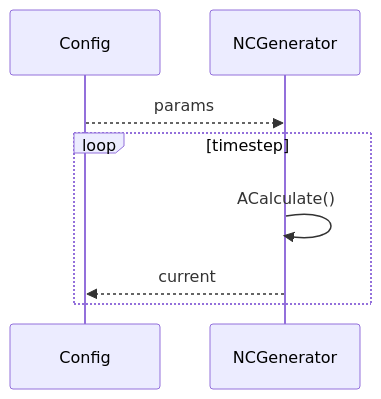
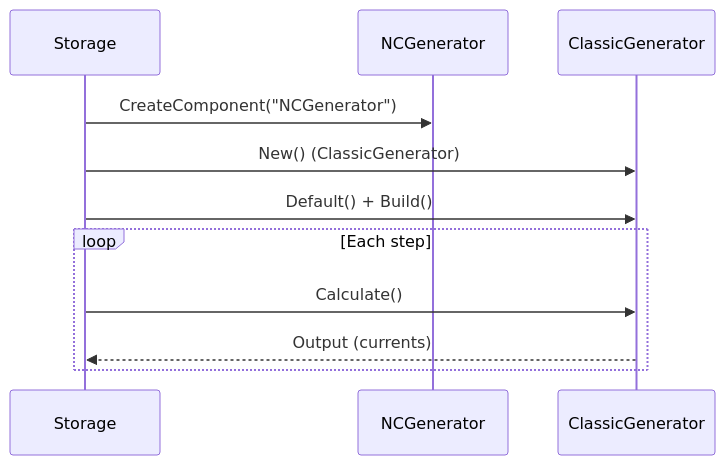
The seventh of 10 diagrams in Docs/Components/NCGenerator.md (aicommunity/Nmsdk-PulseLib), drawn with Mermaid before and after one commit. The commit also changed other lines of this file and 196 other files, not shown here.

````diff
--- a/Docs/Components/NCGenerator.md
+++ b/Docs/Components/NCGenerator.md
@@ -24,10 +224,14 @@
 ```mermaid
 sequenceDiagram
-    participant Cfg as Config
-    participant G as NCGenerator
-    Cfg-->>G: params
-    loop timestep
-        G->>G: ACalculate()
-        G-->>Cfg: current
+    participant Storage
+    participant Alias as NCGenerator
+    participant Generator as ClassicGenerator
+    
+    Storage->>Alias: CreateComponent("NCGenerator")
+    Storage->>Generator: New() (ClassicGenerator)
+    Storage->>Generator: Default() + Build()
+    loop Each step
+        Storage->>Generator: Calculate()
+        Generator-->>Storage: Output (currents)
     end
 ```
````
